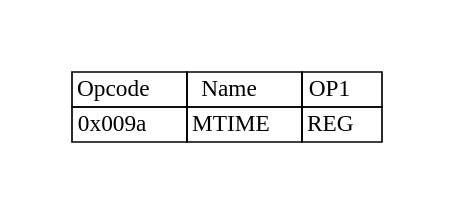
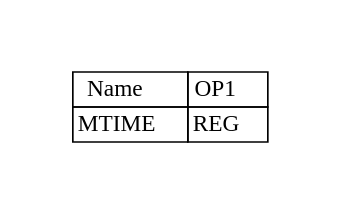
Before and after one commit to adesutherland/CREXX: the diagram in docs/books/crexx_vm_spec/svg/mtime.gv, drawn with Graphviz. The commit also changed 319 other files, not shown here.

```diff
--- a/docs/books/crexx_vm_spec/svg/mtime.gv
+++ b/docs/books/crexx_vm_spec/svg/mtime.gv
@@ -1,9 +1,9 @@
 digraph{
 graph [pad="0.5", nodesep="0.5", ranksep="2" ]
-node[shape=plain]
+node [shape=plain]
 Foo [label=<
 <table border="0" cellborder="1" cellspacing="0">
-<tr><td> Opcode </td> <td> Name </td> <td> OP1 </td> </tr>
-<tr><td> 0x009a </td><td> MTIME </td><td> REG </td> </tr>
+<tr><td> Name </td> <td> OP1 </td> </tr>
+<tr><td> MTIME </td><td> REG </td> </tr>
 </table>>];
 }
```
